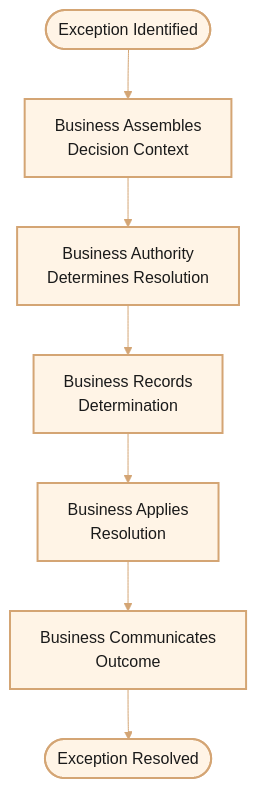
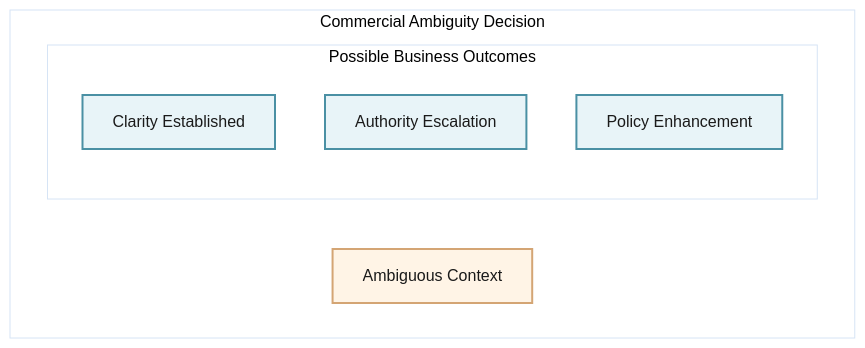
One commit to Evilazaro/Azure-LogicApps-Monitoring changed the fifth of 8 diagrams in docs/architecture/01-business-architecture.md. Above: the diagram before and after it, drawn with Mermaid. The commit also changed other lines of this file, not shown here.

Commit message:
Refactor Business Architecture document: update business processes to decision models, clarify decision contexts, and enhance outcome definitions

````diff
--- a/docs/architecture/01-business-architecture.md
+++ b/docs/architecture/01-business-architecture.md
@@ -339,13 +358,19 @@
 ```mermaid
 %%{init: {'theme':'base', 'themeVariables': {'primaryColor':'#fff4e6','primaryTextColor':'#1a1a1a','primaryBorderColor':'#d4a574','lineColor':'#d4a574'}}}%%
-flowchart TB
-    Start([Exception Identified]) --> Context[Business Assembles<br/>Decision Context]
-    Context --> Authority[Business Authority<br/>Determines Resolution]
-    Authority --> Record[Business Records<br/>Determination]
-    Record --> Apply[Business Applies<br/>Resolution]
-    Apply --> Inform[Business Communicates<br/>Outcome]
-    Inform --> End([Exception Resolved])
-
-    classDef process fill:#fff4e6,stroke:#d4a574,stroke-width:2px,color:#1a1a1a
-    class Start,Context,Authority,Record,Apply,Inform,End process
+graph TB
+    subgraph Decision["Commercial Ambiguity Decision"]
+        Ambiguity[Ambiguous Context]
+        
+        subgraph Outcomes["Possible Business Outcomes"]
+            Resolve[Clarity Established]
+            Escalate[Authority Escalation]
+            Policy[Policy Enhancement]
+        end
+    end
+    
+    classDef context fill:#fff4e6,stroke:#d4a574,stroke-width:2px,color:#1a1a1a
+    classDef outcome fill:#e8f4f8,stroke:#4a90a4,stroke-width:2px,color:#1a1a1a
+    
+    class Ambiguity context
+    class Resolve,Escalate,Policy outcome
 ```
````
